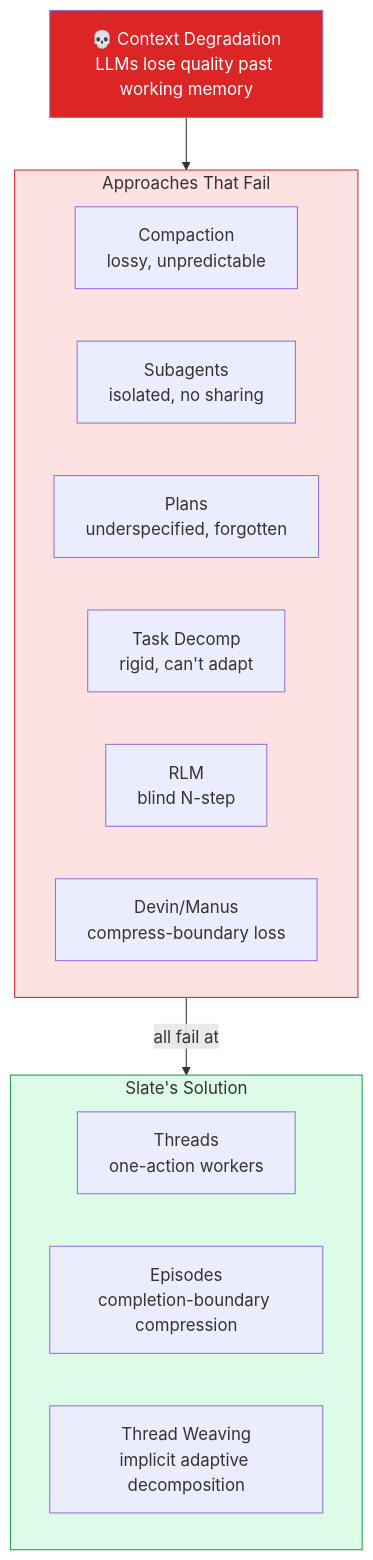
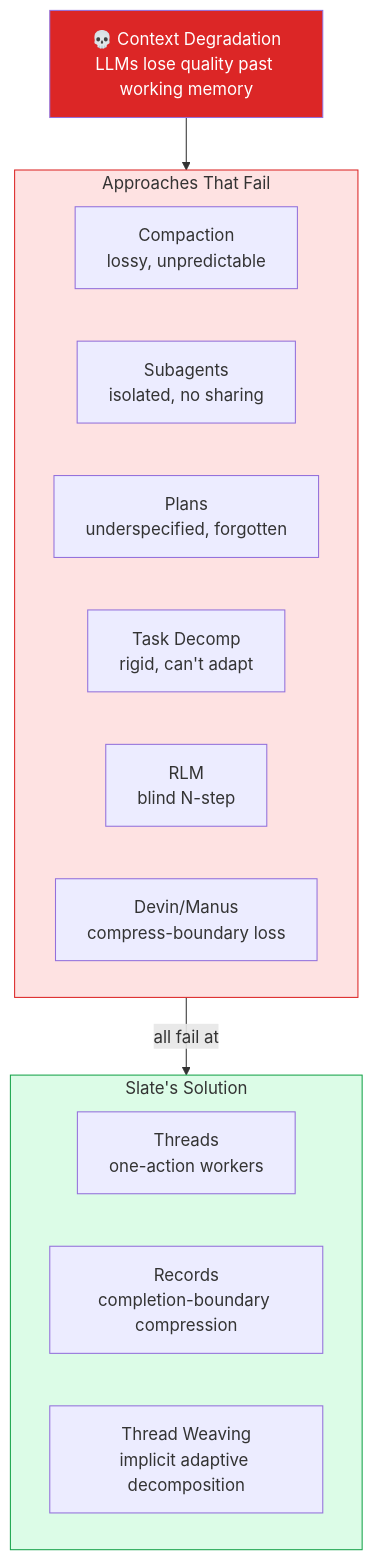
Before and after one commit to supernovae-st/nika: the first of 8 diagrams in docs/brainstorm/nika-evolution/07-slate-deep-integration.md, drawn with Mermaid. The commit also changed other lines of this file and 12 other files, not shown here.

````diff
--- a/docs/brainstorm/nika-evolution/07-slate-deep-integration.md
+++ b/docs/brainstorm/nika-evolution/07-slate-deep-integration.md
@@ -25,27 +25,27 @@
 ```mermaid
 flowchart TB
     PROBLEM["💀 Context Degradation\nLLMs lose quality past working memory"]
 
     subgraph FAILS["Approaches That Fail"]
         C["Compaction\nlossy, unpredictable"]
         S["Subagents\nisolated, no sharing"]
         P["Plans\nunderspecified, forgotten"]
         T["Task Decomp\nrigid, can't adapt"]
         R["RLM\nblind N-step"]
         D["Devin/Manus\ncompress-boundary loss"]
     end
 
     PROBLEM --> FAILS
 
     subgraph SOLUTION["Slate's Solution"]
         TH["Threads\none-action workers"]
-        EP["Episodes\ncompletion-boundary compression"]
+        EP["Records\ncompletion-boundary compression"]
         TW["Thread Weaving\nimplicit adaptive decomposition"]
     end
 
     FAILS -->|"all fail at"| SOLUTION
 
     style PROBLEM fill:#dc2626,color:#fff
     style FAILS fill:#fee2e2,stroke:#dc2626
     style SOLUTION fill:#dcfce7,stroke:#16a34a
 ```
````
